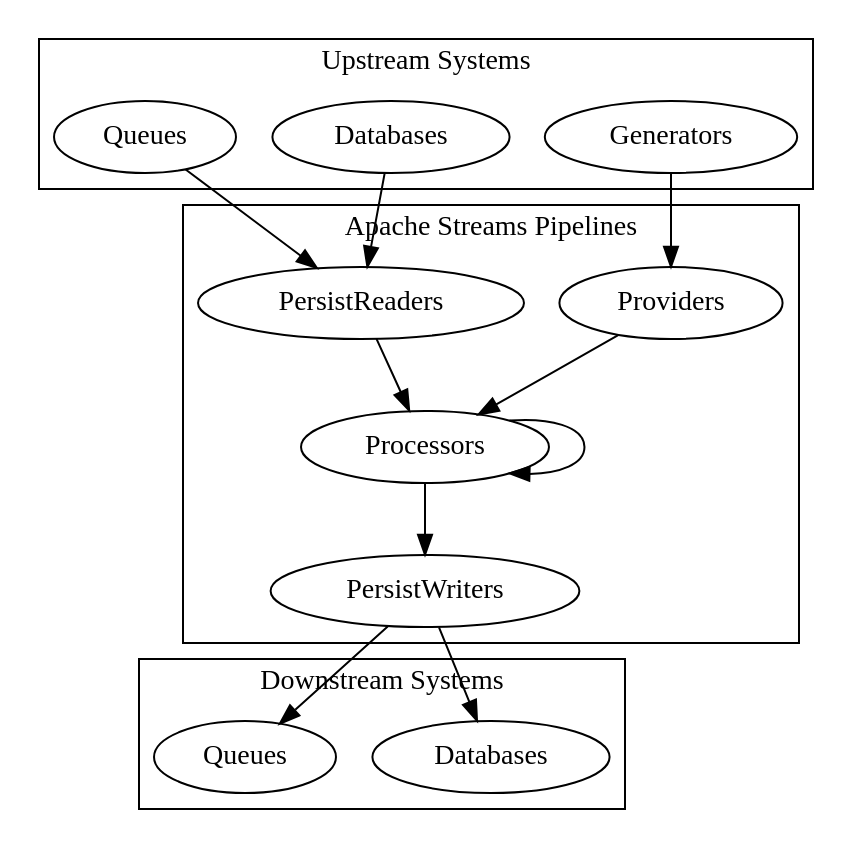
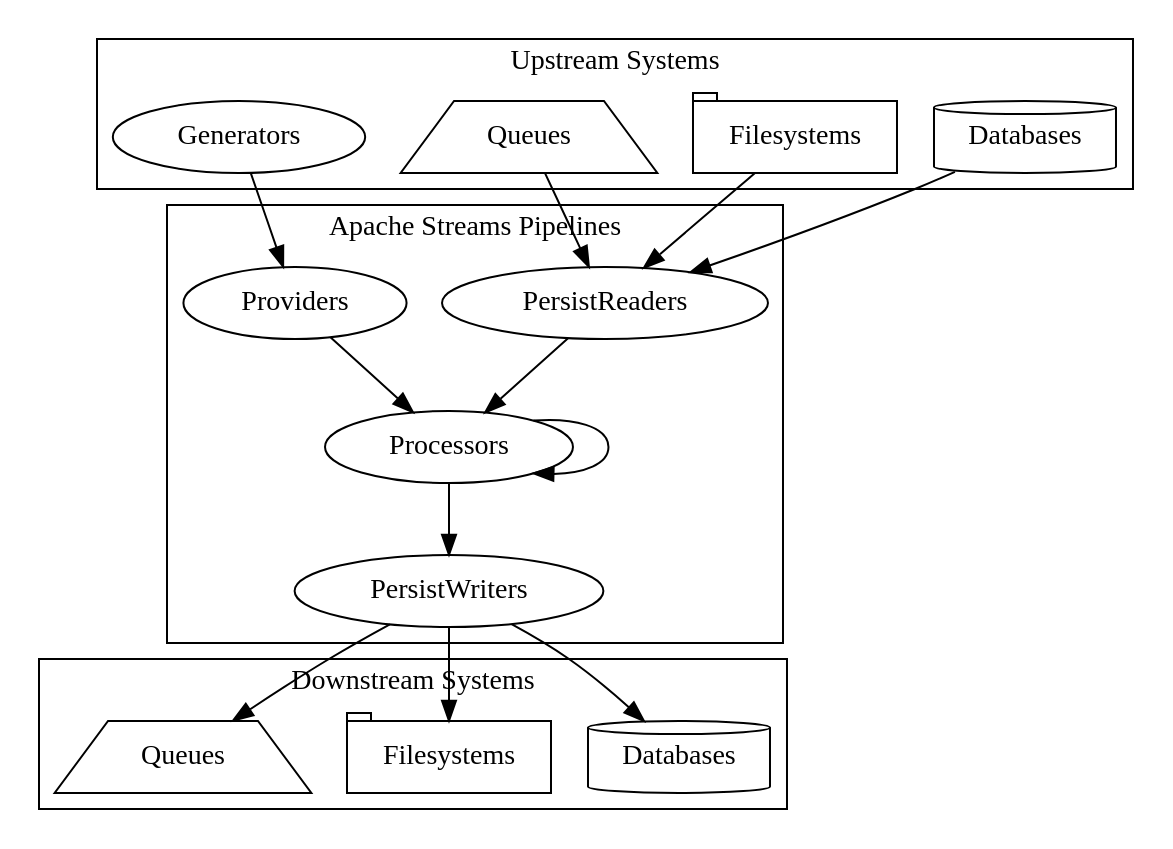
One commit to apache/streams-master changed the diagram in src/site/resources/architecture.dot. Above: the diagram before and after it, drawn with Graphviz. The commit also changed 13 other files, not shown here.

```diff
--- a/src/site/resources/architecture.dot
+++ b/src/site/resources/architecture.dot
@@ -1,40 +1,44 @@
 digraph g {
 
   graph [compound = true];
 
   //presentation
   splines = true;
   overlap = false;
   rankdir = TB;
 
   subgraph cluster_upstream {
     label="Upstream Systems";
-    upstream_databases [label="Databases"]
+    upstream_databases [label="Databases", shape="cylinder"]
+    upstream_filesystems [label="Filesystems", shape="tab"]
     upstream_generators [label="Generators"]
-    upstream_queues [label="Queues"]
+    upstream_queues [label="Queues", shape="trapezium"]
   }
 
   subgraph cluster_streams {
     label="Apache Streams Pipelines";
     providers [label="Providers"]
     persistReaders [label="PersistReaders"]
     processors [label="Processors"]
     persistWriters [label="PersistWriters"]
   }
 
   subgraph cluster_downstream {
     label="Downstream Systems";
-    downstream_databases [label="Databases"]
-    downstream_queues [label="Queues"]
+    downstream_databases [label="Databases", shape="cylinder"]
+    downstream_filesystems [label="Filesystems", shape="tab"]
+    downstream_queues [label="Queues", shape="trapezium"]
   }
 
   upstream_generators -> providers
+  upstream_databases -> persistReaders
+  upstream_filesystems -> persistReaders
   upstream_queues -> persistReaders
-  upstream_databases -> persistReaders
   providers,persistReaders -> processors
   processors -> processors
   processors -> persistWriters
-  persistWriters -> downstream_databases,downstream_queues
-
+  persistWriters -> downstream_databases
+  persistWriters -> downstream_filesystems
+  persistWriters -> downstream_queues
 
 }
```
